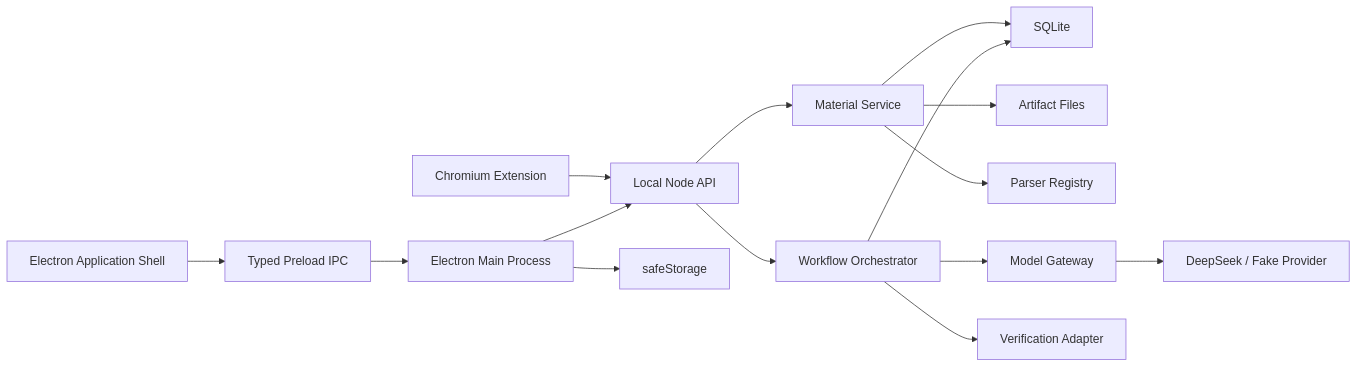
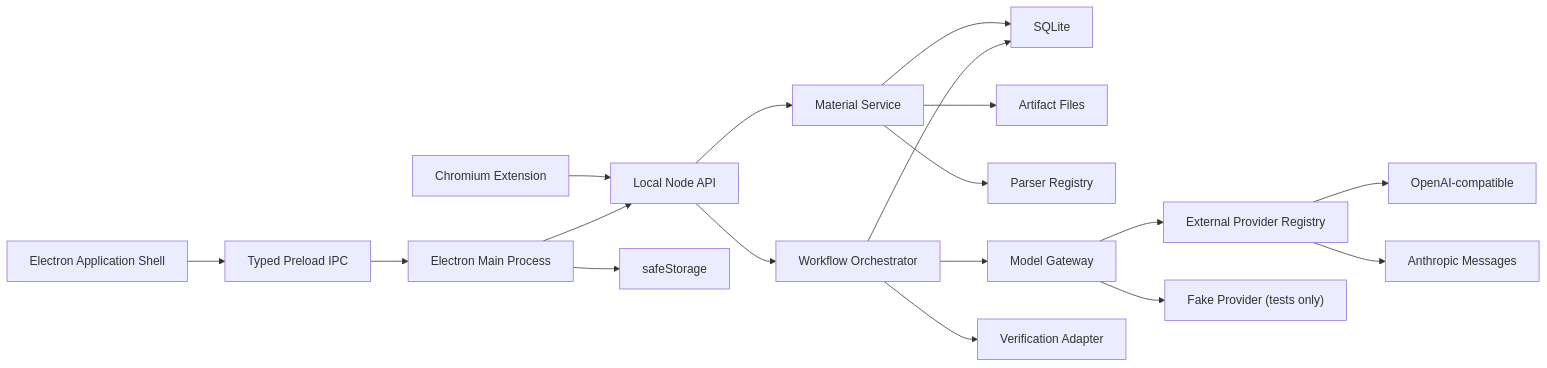
The diagram in docs/ARCHITECTURE.md (doupier-AI/collector), drawn with Mermaid before and after one commit. The commit also changed other lines of this file and 24 other files, not shown here.

````diff
--- a/docs/ARCHITECTURE.md
+++ b/docs/ARCHITECTURE.md
@@ -40,17 +42,20 @@
 ```mermaid
 flowchart LR
   EXT["Chromium Extension"] --> API["Local Node API"]
   SHELL["Electron Application Shell"] --> IPC["Typed Preload IPC"]
   IPC --> MAIN["Electron Main Process"]
   MAIN --> API
   MAIN --> KEY["safeStorage"]
   API --> MATERIAL["Material Service"]
   API --> WORKFLOW["Workflow Orchestrator"]
   MATERIAL --> DB["SQLite"]
   MATERIAL --> FILES["Artifact Files"]
   MATERIAL --> PARSER["Parser Registry"]
   WORKFLOW --> DB
   WORKFLOW --> MODEL["Model Gateway"]
   WORKFLOW --> SEARCH["Verification Adapter"]
-  MODEL --> DEEPSEEK["DeepSeek / Fake Provider"]
+  MODEL --> PROVIDERS["External Provider Registry"]
+  PROVIDERS --> OPENAI["OpenAI-compatible"]
+  PROVIDERS --> ANTHROPIC["Anthropic Messages"]
+  MODEL --> FAKE["Fake Provider (tests only)"]
 ```
````
